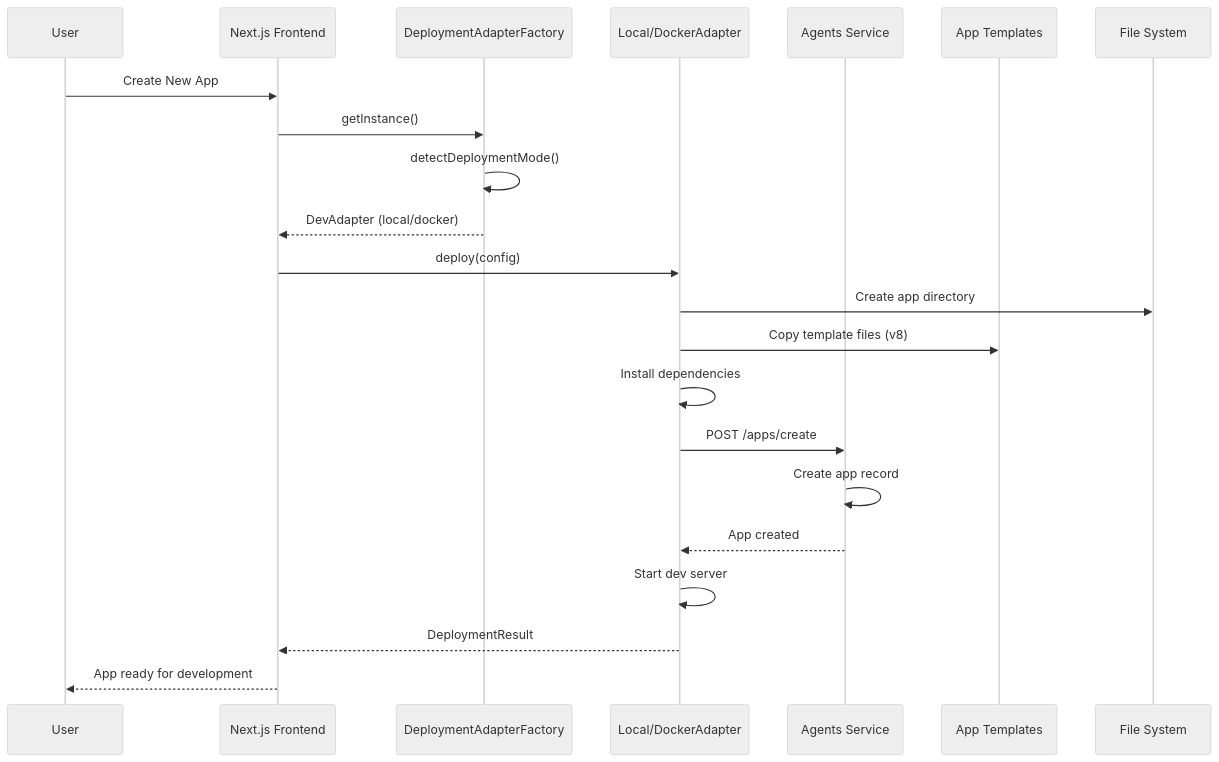
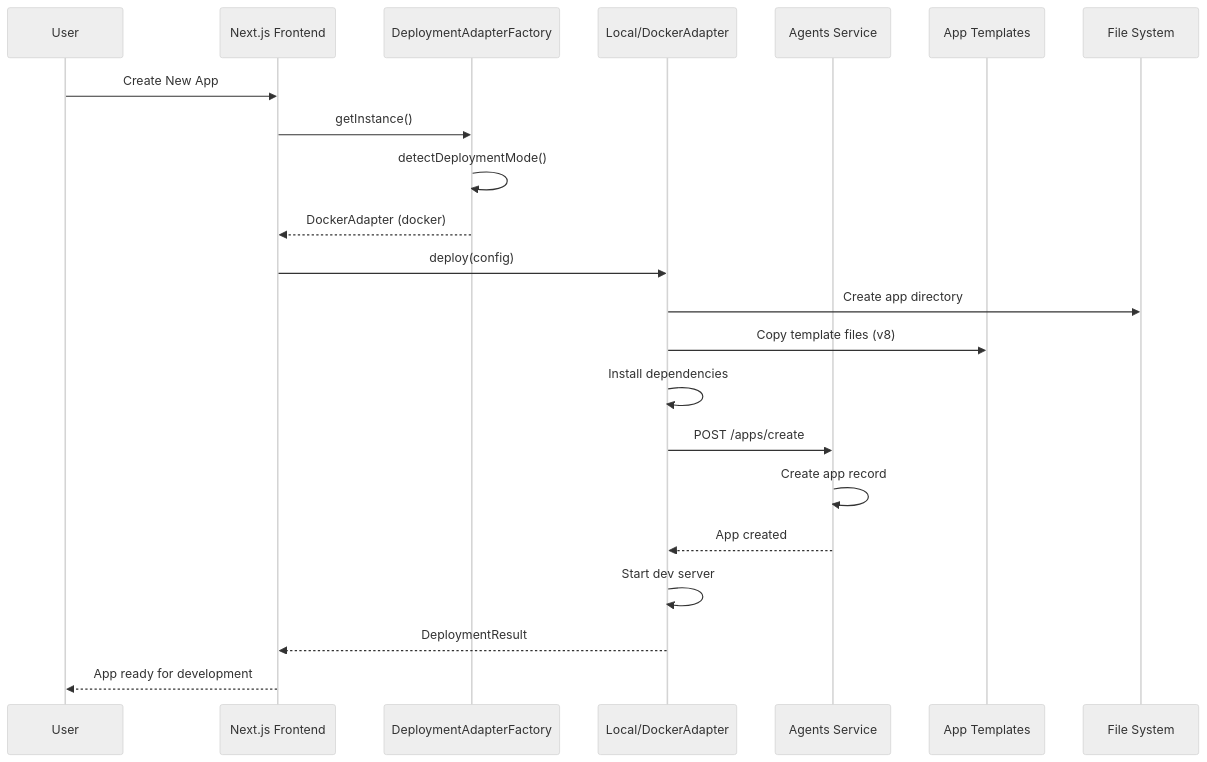
Before and after one commit to hsharif-godaddy/hackathon2026: the second of 3 diagrams in ARCHITECTURE_DOCUMENTATION.md, drawn with Mermaid (neutral theme). The commit also changed other lines of this file and 3 other files, not shown here.

````diff
--- a/ARCHITECTURE_DOCUMENTATION.md
+++ b/ARCHITECTURE_DOCUMENTATION.md
@@ -228,28 +214,28 @@
 ```mermaid
 sequenceDiagram
     participant User
     participant Frontend as Next.js Frontend
     participant DeployFactory as DeploymentAdapterFactory
     participant DevAdapter as Local/DockerAdapter
     participant AgentsAPI as Agents Service
     participant Templates as App Templates
     participant FileSystem as File System
 
     User->>Frontend: Create New App
     Frontend->>DeployFactory: getInstance()
     DeployFactory->>DeployFactory: detectDeploymentMode()
-    DeployFactory-->>Frontend: DevAdapter (local/docker)
+    DeployFactory-->>Frontend: DockerAdapter (docker)
 
     Frontend->>DevAdapter: deploy(config)
     DevAdapter->>FileSystem: Create app directory
     DevAdapter->>Templates: Copy template files (v8)
     DevAdapter->>DevAdapter: Install dependencies
 
     DevAdapter->>AgentsAPI: POST /apps/create
     AgentsAPI->>AgentsAPI: Create app record
     AgentsAPI-->>DevAdapter: App created
 
     DevAdapter->>DevAdapter: Start dev server
     DevAdapter-->>Frontend: DeploymentResult
     Frontend-->>User: App ready for development
 ```
````
